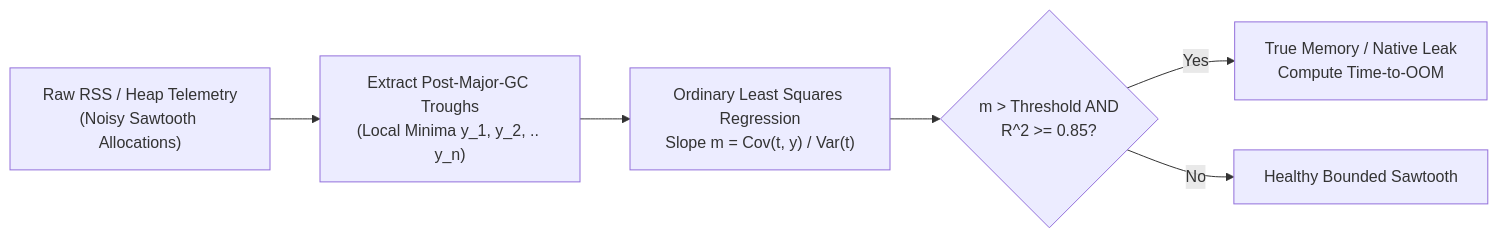
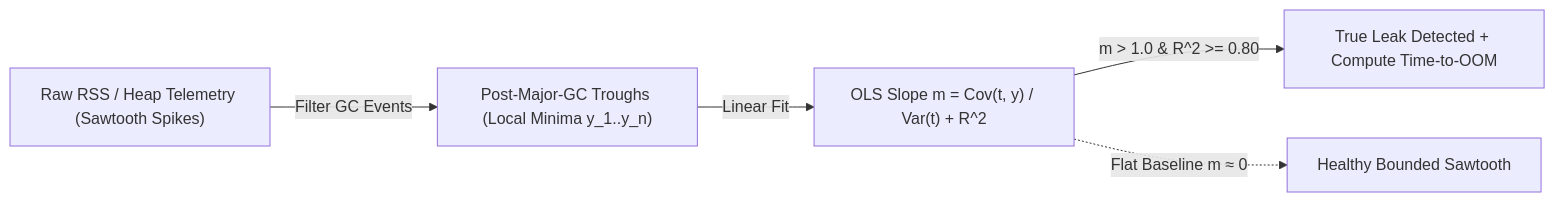
The diagram in knowledgebase/core-cs/01-os-virtual-memory-gc-and-fd-leaks.md (manjunathk833/codingforinterviews), drawn with Mermaid before and after one commit. The commit also changed other lines of this file and 101 other files, not shown here.

````diff
--- a/knowledgebase/core-cs/01-os-virtual-memory-gc-and-fd-leaks.md
+++ b/knowledgebase/core-cs/01-os-virtual-memory-gc-and-fd-leaks.md
@@ -24,8 +67,7 @@
 ```mermaid
 flowchart LR
-  Raw["Raw RSS / Heap Telemetry\n(Noisy Sawtooth Allocations)"] --> Troughs["Extract Post-Major-GC Troughs\n(Local Minima y_1, y_2, .. y_n)"]
-  Troughs --> OLS["Ordinary Least Squares Regression\nSlope m = Cov(t, y) / Var(t)"]
-  OLS --> Verdict{"m > Threshold AND\nR^2 >= 0.85?"}
-  Verdict -->|Yes| Leak["True Memory / Native Leak\nCompute Time-to-OOM"]
-  Verdict -->|No| Healthy["Healthy Bounded Sawtooth"]
+  Raw["Raw RSS / Heap Telemetry (Sawtooth Spikes)"] -->|Filter GC Events| Troughs["Post-Major-GC Troughs (Local Minima y_1..y_n)"]
+  Troughs -->|Linear Fit| OLS["OLS Slope m = Cov(t, y) / Var(t) + R^2"]
+  OLS -->|m > 1.0 & R^2 >= 0.80| Leak["True Leak Detected + Compute Time-to-OOM"]
+  OLS -.->|Flat Baseline m ≈ 0| Healthy["Healthy Bounded Sawtooth"]
 ```
````
